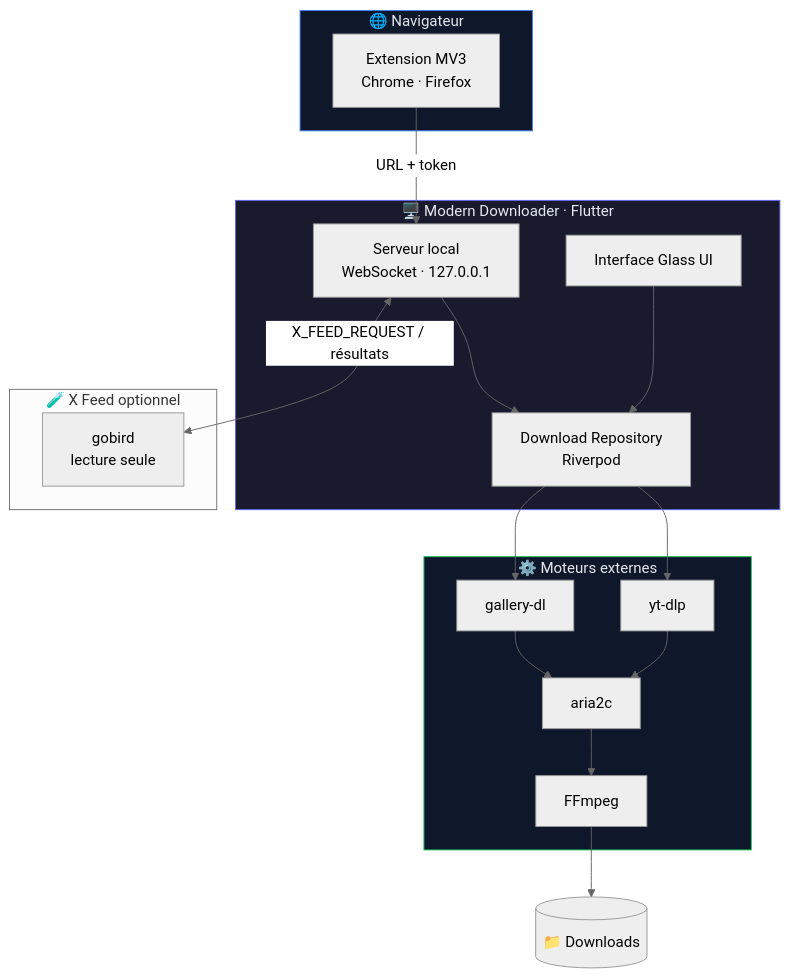
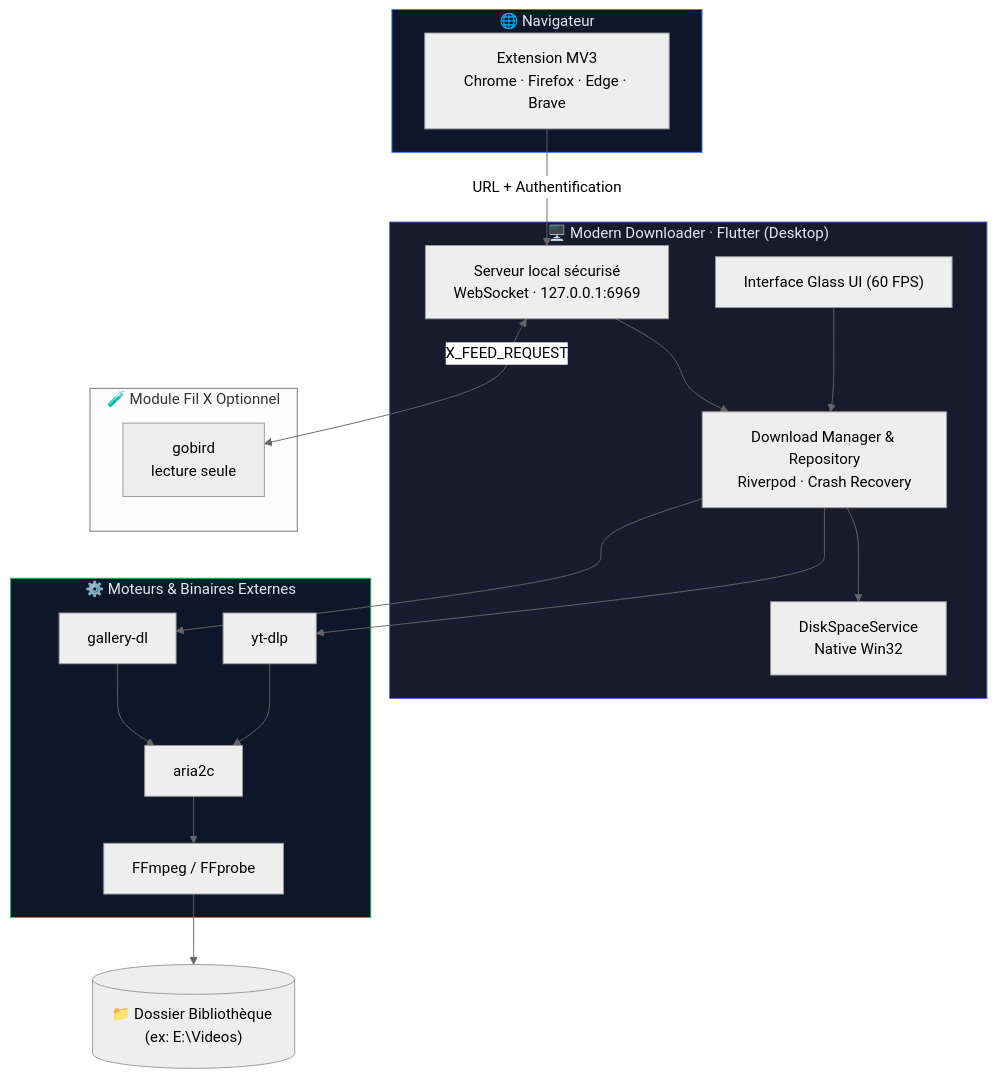
The diagram in README.md (itsnazzym/Downloader), drawn with Mermaid (neutral theme) before and after one commit. The commit also changed other lines of this file and 105 other files, not shown here.

````diff
--- a/README.md
+++ b/README.md
@@ -38,36 +41,38 @@
 ```mermaid
 flowchart TB
     subgraph Browser["🌐 Navigateur"]
-        EXT["Extension MV3<br/>Chrome · Firefox"]
+        EXT["Extension MV3<br/>Chrome · Firefox · Edge · Brave"]
     end
 
-    subgraph App["🖥️ Modern Downloader · Flutter"]
-        UI["Interface Glass UI"]
-        WS["Serveur local<br/>WebSocket · 127.0.0.1"]
-        REPO["Download Repository<br/>Riverpod"]
+    subgraph App["🖥️ Modern Downloader · Flutter (Desktop)"]
+        UI["Interface Glass UI (60 FPS)"]
+        WS["Serveur local sécurisé<br/>WebSocket · 127.0.0.1:6969"]
+        REPO["Download Manager & Repository<br/>Riverpod · Crash Recovery"]
+        DISK_SRV["DiskSpaceService<br/>Native Win32"]
     end
 
-    subgraph Engines["⚙️ Moteurs externes"]
+    subgraph Engines["⚙️ Moteurs & Binaires Externes"]
         YT["yt-dlp"]
         GD["gallery-dl"]
         A2["aria2c"]
-        FF["FFmpeg"]
+        FF["FFmpeg / FFprobe"]
     end
 
-    subgraph XFeed["🧪 X Feed optionnel"]
+    subgraph XFeed["🧪 Module Fil X Optionnel"]
         GOBIRD["gobird<br/>lecture seule"]
     end
 
-    EXT -->|"URL + token"| WS
+    EXT -->|"URL + Authentification"| WS
     UI --> REPO
     WS --> REPO
-    WS <-->|"X_FEED_REQUEST / résultats"| GOBIRD
+    WS <-->|"X_FEED_REQUEST"| GOBIRD
+    REPO --> DISK_SRV
     REPO --> YT & GD
     YT & GD --> A2
     A2 --> FF
-    FF --> DISK[("📁 Downloads")]
+    FF --> DEST[("📁 Dossier Bibliothèque (ex: E:\Videos)")]
 
     style App fill:#1a1a2e,stroke:#6366f1,color:#e2e8f0
     style Browser fill:#0f172a,stroke:#3b82f6,color:#e2e8f0
     style Engines fill:#0f172a,stroke:#22c55e,color:#e2e8f0
 ```
````
